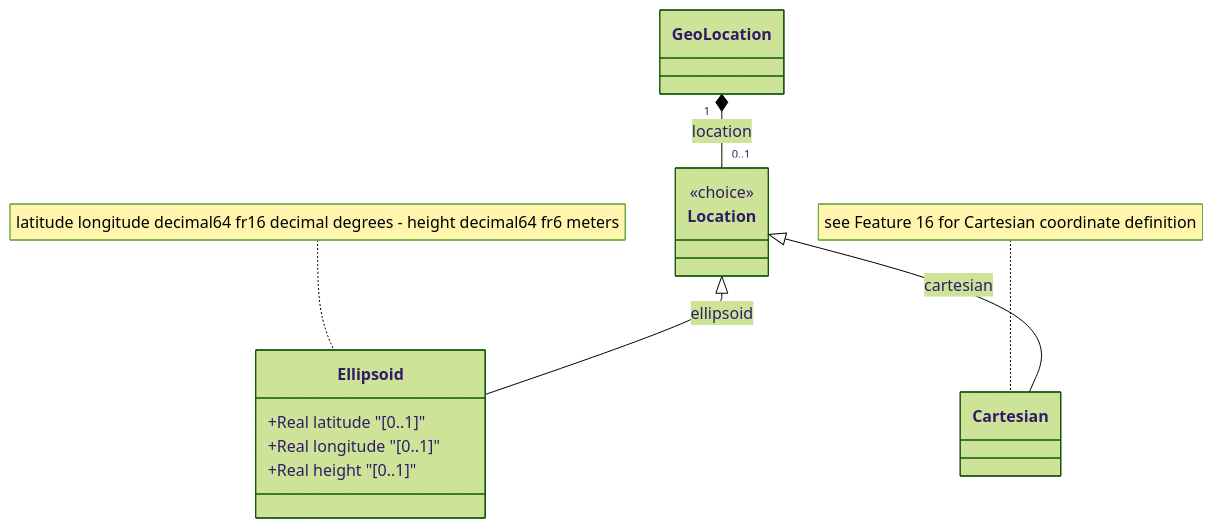
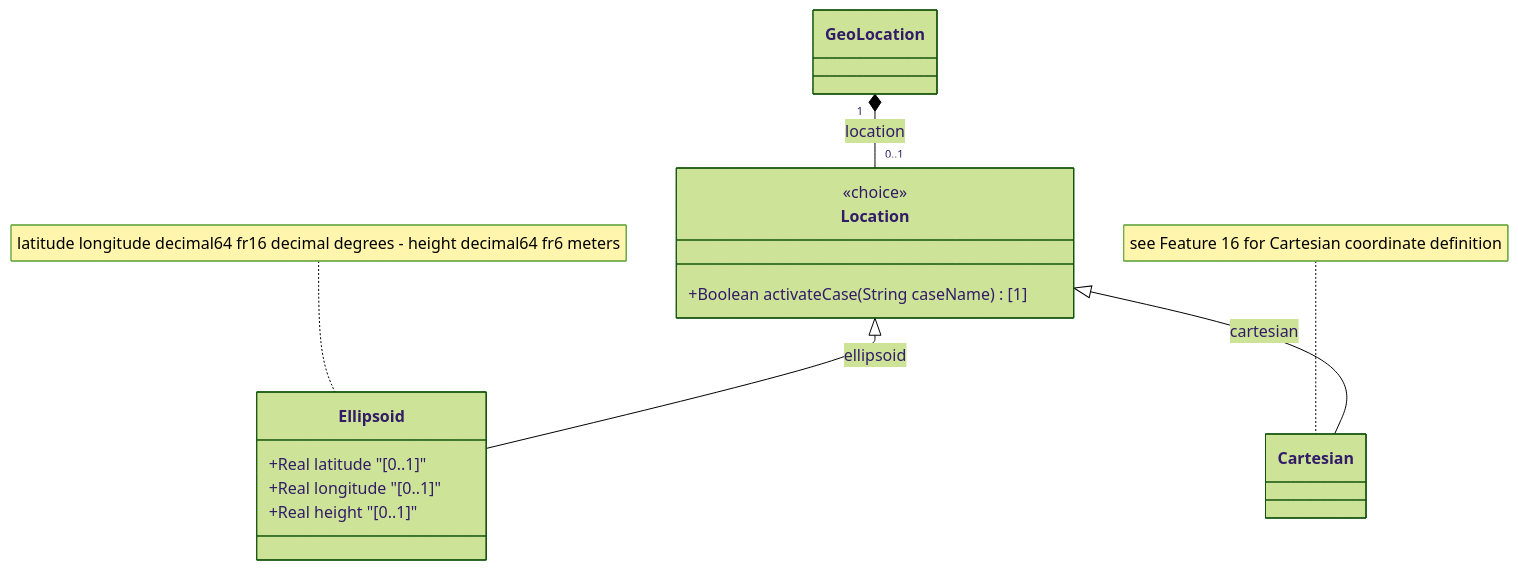
One commit to gintatkinson/3dgs-039 changed the diagram in docs/features/feat-15-rfc9179-geo-ellipsoid-coordinate-location.md. Above: the diagram before and after it, drawn with Mermaid (forest theme). The commit also changed 3 other files, not shown here.

Commit message:
fix: add missing UML operations and fix Mermaid quoting (RFC 9179)

````diff
--- a/docs/features/feat-15-rfc9179-geo-ellipsoid-coordinate-location.md
+++ b/docs/features/feat-15-rfc9179-geo-ellipsoid-coordinate-location.md
@@ -24,20 +24,21 @@
 ```mermaid
 classDiagram
     class GeoLocation {
     }
     class Location {
         <<choice>>
+        +Boolean activateCase(String caseName) [1]
     }
     class Ellipsoid {
         +Real latitude "[0..1]"
         +Real longitude "[0..1]"
         +Real height "[0..1]"
     }
     class Cartesian {
     }
     note for Ellipsoid "latitude longitude decimal64 fr16 decimal degrees - height decimal64 fr6 meters"
     note for Cartesian "see Feature 16 for Cartesian coordinate definition"
     GeoLocation "1" *-- "0..1" Location : location
     Location <|-- Ellipsoid : ellipsoid
     Location <|-- Cartesian : cartesian
 ```
````
